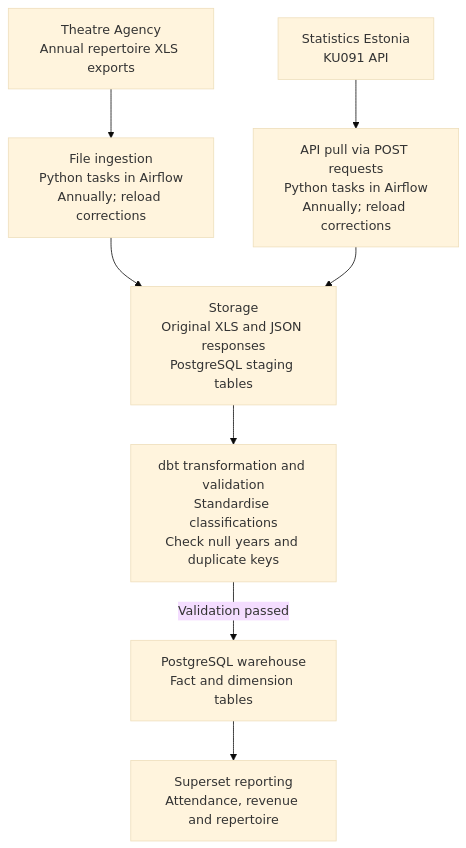
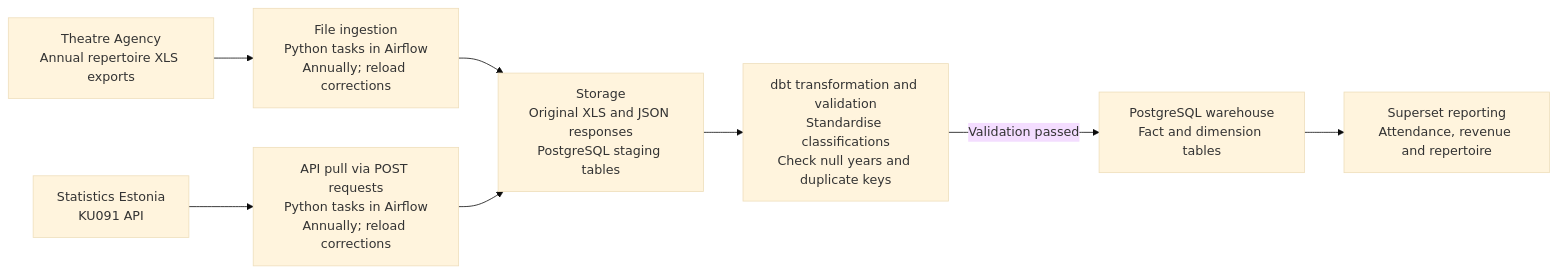
One commit to ekirsiaed/DataEngineeringProject changed the diagram in README.md. Above: the diagram before and after it, drawn with Mermaid (base theme). The commit also changed other lines of this file, not shown here.

````diff
--- a/README.md
+++ b/README.md
@@ -56,18 +56,18 @@
 ```mermaid
-flowchart TD
+flowchart LR
     A["Theatre Agency<br/>Annual repertoire XLS exports"]
     B["Statistics Estonia<br/>KU091 API"]
     C["File ingestion<br/>Python tasks in Airflow<br/>Annually; reload corrections"]
     D["API pull via POST requests<br/>Python tasks in Airflow<br/>Annually; reload corrections"]
     E["Storage<br/>Original XLS and JSON responses<br/>PostgreSQL staging tables"]
     F["dbt transformation and validation<br/>Standardise classifications<br/>Check null years and duplicate keys"]
     G["PostgreSQL warehouse<br/>Fact and dimension tables"]
     H["Superset reporting<br/>Attendance, revenue and repertoire"]
     A --> C
     B --> D
     C --> E
     D --> E
     E --> F
     F -->|"Validation passed"| G
     G --> H
 ```
````
